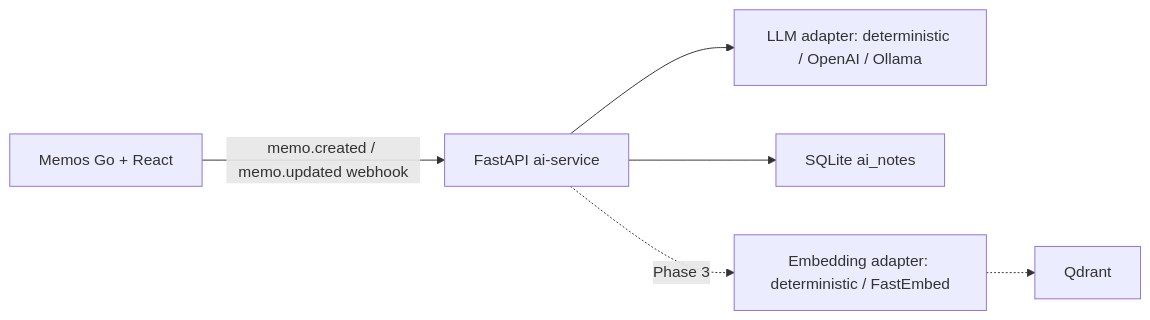
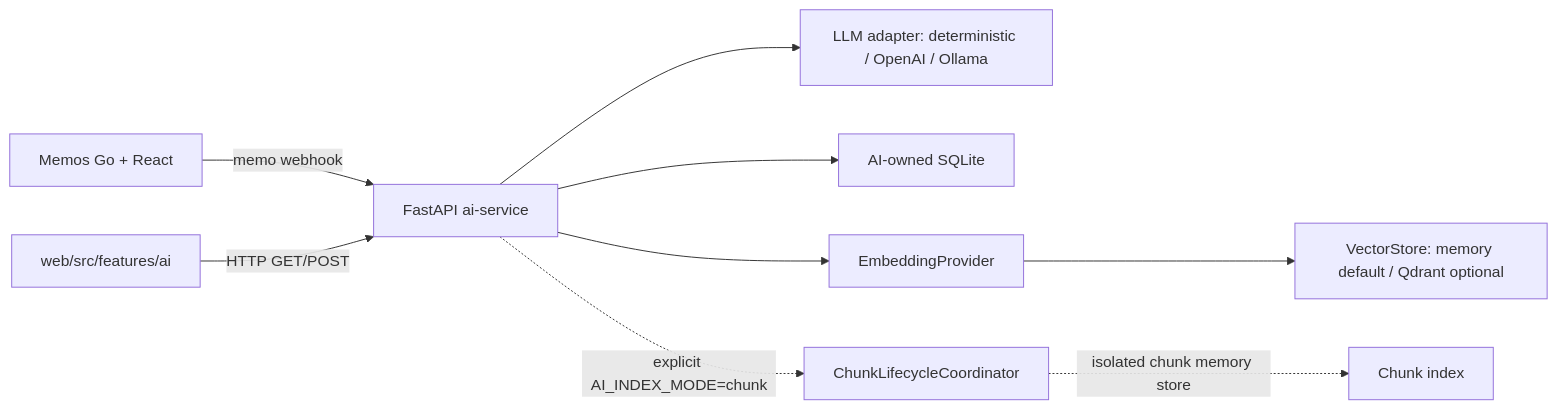
Before and after one commit to ToYOhin/devmemo-ai: the diagram in docs/architecture.md, drawn with Mermaid. The commit also changed other lines of this file and 9 other files, not shown here.

````diff
--- a/docs/architecture.md
+++ b/docs/architecture.md
@@ -5,8 +7,11 @@
 ```mermaid
 flowchart LR
-    M["Memos Go + React"] -->|"memo.created / memo.updated webhook"| A["FastAPI ai-service"]
+    M["Memos Go + React"] -->|"memo webhook"| A["FastAPI ai-service"]
+    F["web/src/features/ai"] -->|"HTTP GET/POST"| A
     A --> L["LLM adapter: deterministic / OpenAI / Ollama"]
-    A --> D["SQLite ai_notes"]
-    A -. Phase 3 .-> E["Embedding adapter: deterministic / FastEmbed"]
-    E -.-> Q["Qdrant"]
+    A --> D["AI-owned SQLite"]
+    A --> E["EmbeddingProvider"]
+    E --> V["VectorStore: memory default / Qdrant optional"]
+    A -. explicit AI_INDEX_MODE=chunk .-> C["ChunkLifecycleCoordinator"]
+    C -. isolated chunk memory store .-> V2["Chunk index"]
 ```
````
